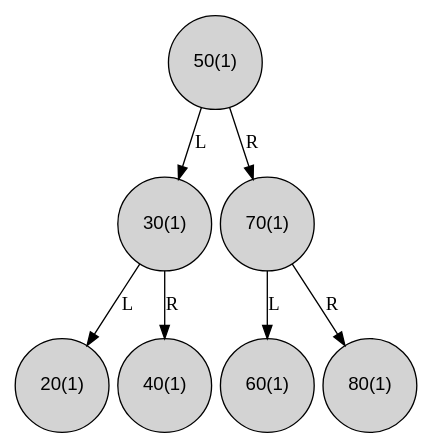
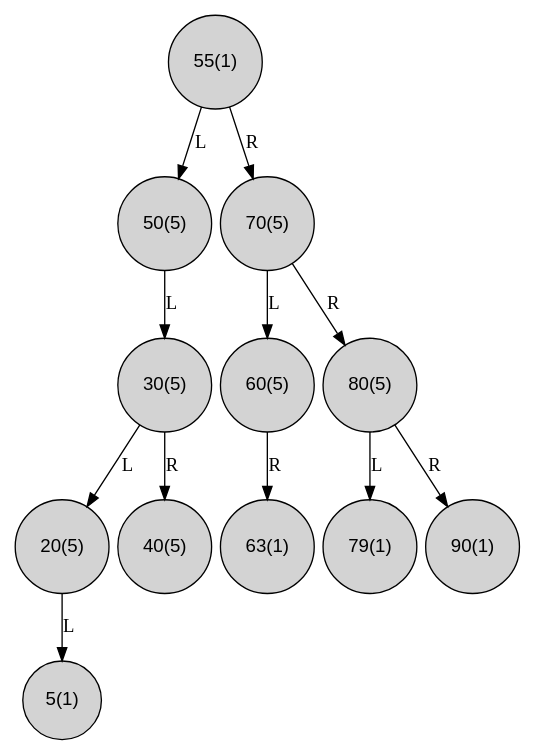
The diagram in utils/graphviz/binarySearchTree.dot (HenryD11703/estructuras-de-datos), drawn with Graphviz before and after one commit. The commit also changed 5 other files, not shown here.

```diff
--- a/utils/graphviz/binarySearchTree.dot
+++ b/utils/graphviz/binarySearchTree.dot
@@ -1,18 +1,28 @@
 digraph g {
 node [shape=circle, style=filled, fontname="Helvetica"];
-"0x64572db8ead0"[label="50(1)"];
-"0x64572db8ead0"->"0x64572db8eaf0"[label="L", color=black]
-"0x64572db8eaf0"[label="30(1)"];
-"0x64572db8eaf0"->"0x64572db8eb10"[label="L", color=black]
-"0x64572db8eb10"[label="20(1)"];
-"0x64572db8eaf0"->"0x64572db8eb30"[label="R", color=black]
-"0x64572db8eb30"[label="40(1)"];
-"0x64572db8ead0"->"0x64572db8eb50"[label="R", color=black]
-"0x64572db8eb50"[label="70(1)"];
-"0x64572db8eb50"->"0x64572db8eb70"[label="L", color=black]
-"0x64572db8eb70"[label="60(1)"];
-"0x64572db8eb50"->"0x64572db8eb90"[label="R", color=black]
-"0x64572db8eb90"[label="80(1)"];
+"0x6535094a1d30"[label="55(1)"];
+"0x6535094a1d30"->"0x6535094a1d50"[label="L", color=black]
+"0x6535094a1d50"[label="50(5)"];
+"0x6535094a1d50"->"0x6535094a1d70"[label="L", color=black]
+"0x6535094a1d70"[label="30(5)"];
+"0x6535094a1d70"->"0x6535094a1d90"[label="L", color=black]
+"0x6535094a1d90"[label="20(5)"];
+"0x6535094a1d90"->"0x6535094a1e30"[label="L", color=black]
+"0x6535094a1e30"[label="5(1)"];
+"0x6535094a1d70"->"0x6535094a1db0"[label="R", color=black]
+"0x6535094a1db0"[label="40(5)"];
+"0x6535094a1d30"->"0x6535094a1dd0"[label="R", color=black]
+"0x6535094a1dd0"[label="70(5)"];
+"0x6535094a1dd0"->"0x6535094a1df0"[label="L", color=black]
+"0x6535094a1df0"[label="60(5)"];
+"0x6535094a1df0"->"0x6535094a1e90"[label="R", color=black]
+"0x6535094a1e90"[label="63(1)"];
+"0x6535094a1dd0"->"0x6535094a1e10"[label="R", color=black]
+"0x6535094a1e10"[label="80(5)"];
+"0x6535094a1e10"->"0x6535094a1e70"[label="L", color=black]
+"0x6535094a1e70"[label="79(1)"];
+"0x6535094a1e10"->"0x6535094a1e50"[label="R", color=black]
+"0x6535094a1e50"[label="90(1)"];
 rankdir=TB;
 nodesep = 0.1
 }
```
